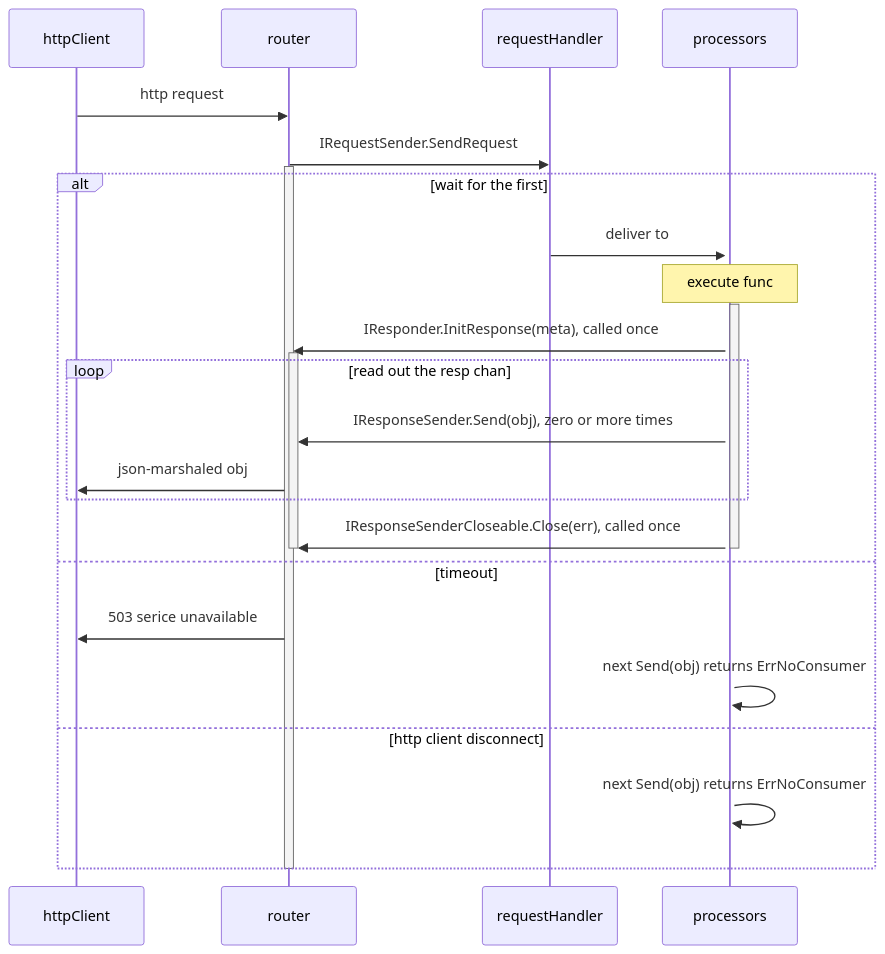
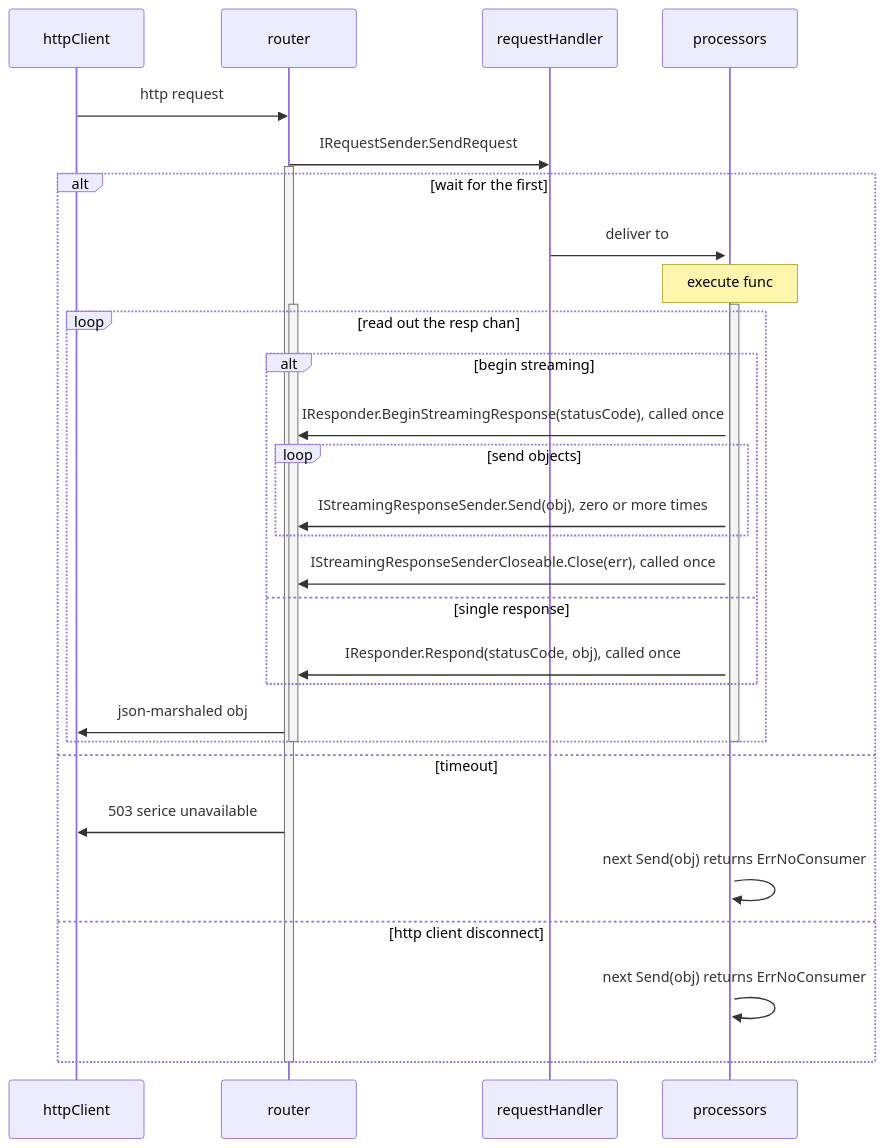
Before and after one commit to voedger/voedger: the first of 2 diagrams in pkg/bus/README.md, drawn with Mermaid. The commit also changed other lines of this file and 19 other files, not shown here.

````diff
--- a/pkg/bus/README.md
+++ b/pkg/bus/README.md
@@ -1,30 +6,37 @@
 ```mermaid
 sequenceDiagram
-	participant httpClient
-	participant router
-	participant requestHandler
-	participant processors
-	httpClient ->> router: http request
-	router ->> requestHandler: IRequestSender.SendRequest
-	activate router
-		alt wait for the first
-			requestHandler->>+processors: deliver to
-			note over processors: execute func
-			activate processors
-				processors ->> router: IResponder.InitResponse(meta), called once
-				activate router
-					loop read out the resp chan
-						processors ->> router: IResponseSender.Send(obj), zero or more times
-						router ->> httpClient: json-marshaled obj
-					end
-						processors ->> router: IResponseSenderCloseable.Close(err), called once
-				deactivate router
-			deactivate processors
-		else timeout
-			router ->> httpClient: 503 serice unavailable
-			processors ->> processors: next Send(obj) returns ErrNoConsumer
-		else http client disconnect
-			processors ->> processors: next Send(obj) returns ErrNoConsumer
-		end
-	deactivate router
+  participant httpClient
+  participant router
+  participant requestHandler
+  participant processors
+  httpClient ->> router: http request
+  router ->> requestHandler: IRequestSender.SendRequest
+  activate router
+    alt wait for the first
+      requestHandler->>+processors: deliver to
+      note over processors: execute func
+      activate processors
+        activate router
+          loop read out the resp chan
+            alt begin streaming
+              processors ->> router: IResponder.BeginStreamingResponse(statusCode), called once
+              loop send objects
+                processors ->> router: IStreamingResponseSender.Send(obj), zero or more times
+              end
+              processors ->> router: IStreamingResponseSenderCloseable.Close(err), called once
+            else single response
+              processors ->> router: IResponder.Respond(statusCode, obj), called once
+            end
+            router ->> httpClient: json-marshaled obj
+          end
+
+        deactivate router
+      deactivate processors
+    else timeout
+      router ->> httpClient: 503 serice unavailable
+      processors ->> processors: next Send(obj) returns ErrNoConsumer
+    else http client disconnect
+      processors ->> processors: next Send(obj) returns ErrNoConsumer
+    end
+  deactivate router
 ```
````
